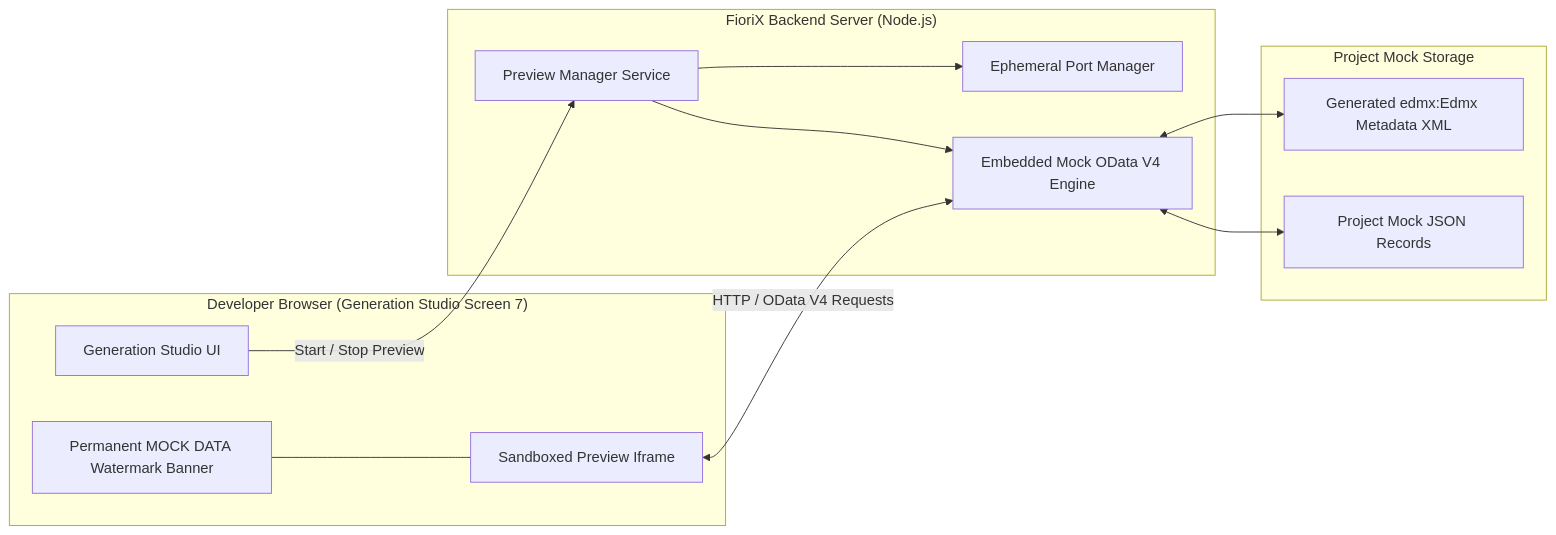
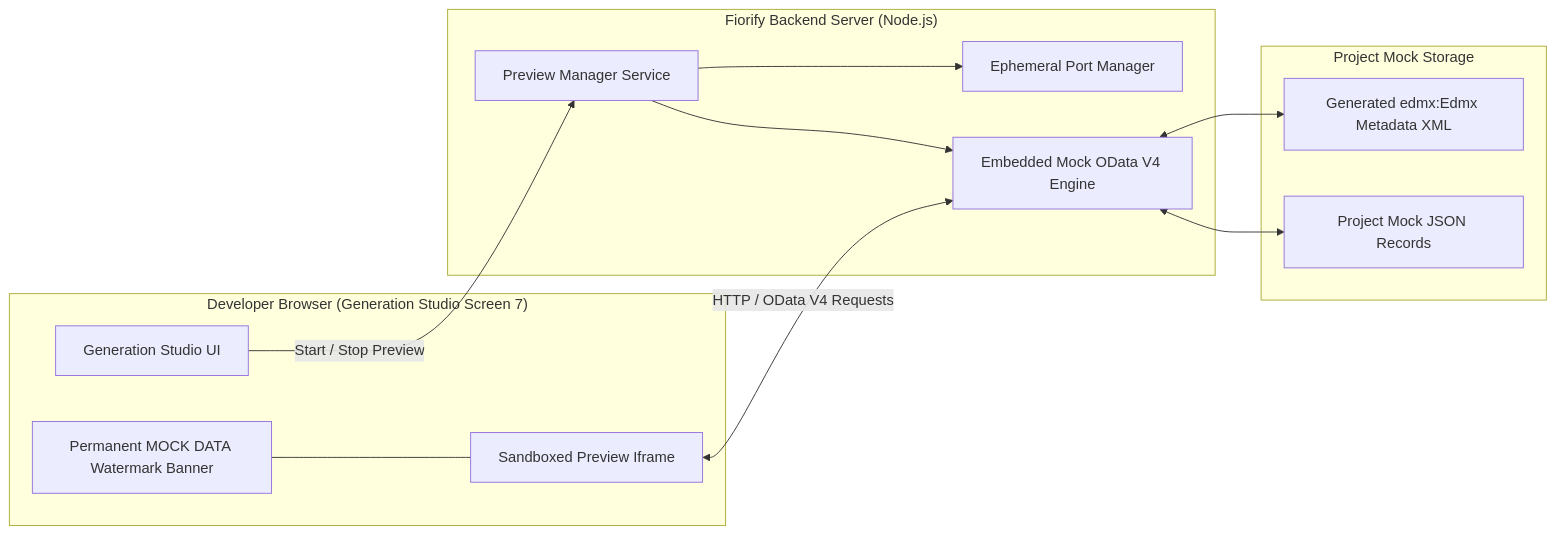
The diagram in docs/generation/design/LOCAL_PREVIEW_AND_MOCK_SERVER_DESIGN.md (samarth092005/Firorix), drawn with Mermaid before and after one commit. The commit also changed other lines of this file and 395 other files, not shown here.

````diff
--- a/docs/generation/design/LOCAL_PREVIEW_AND_MOCK_SERVER_DESIGN.md
+++ b/docs/generation/design/LOCAL_PREVIEW_AND_MOCK_SERVER_DESIGN.md
@@ -24,26 +24,26 @@
 ```mermaid
 flowchart LR
     subgraph Browser["Developer Browser (Generation Studio Screen 7)"]
         StudioUI[Generation Studio UI]
         Iframe[Sandboxed Preview Iframe]
         Banner[Permanent MOCK DATA Watermark Banner]
     end
 
-    subgraph BackendProcess["FioriX Backend Server (Node.js)"]
+    subgraph BackendProcess["Fiorify Backend Server (Node.js)"]
         PreviewMgr[Preview Manager Service]
         MockOData[Embedded Mock OData V4 Engine]
         PortMgr[Ephemeral Port Manager]
     end
 
     subgraph DataStore["Project Mock Storage"]
         MetaXML[Generated edmx:Edmx Metadata XML]
         MockJSON[Project Mock JSON Records]
     end
 
     StudioUI -->|Start / Stop Preview| PreviewMgr
     PreviewMgr --> PortMgr
     PreviewMgr --> MockOData
     MockOData <--> MetaXML & MockJSON
     Iframe <-->|HTTP / OData V4 Requests| MockOData
     Banner --- Iframe
 ```
````
